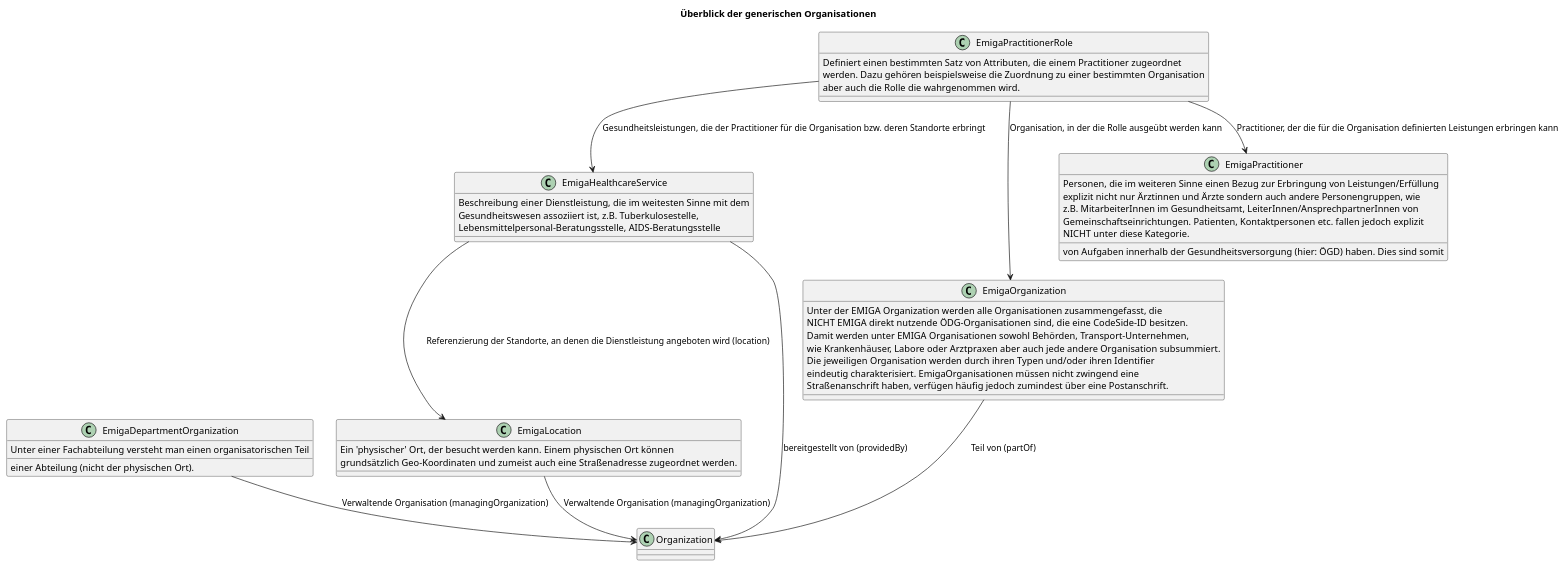
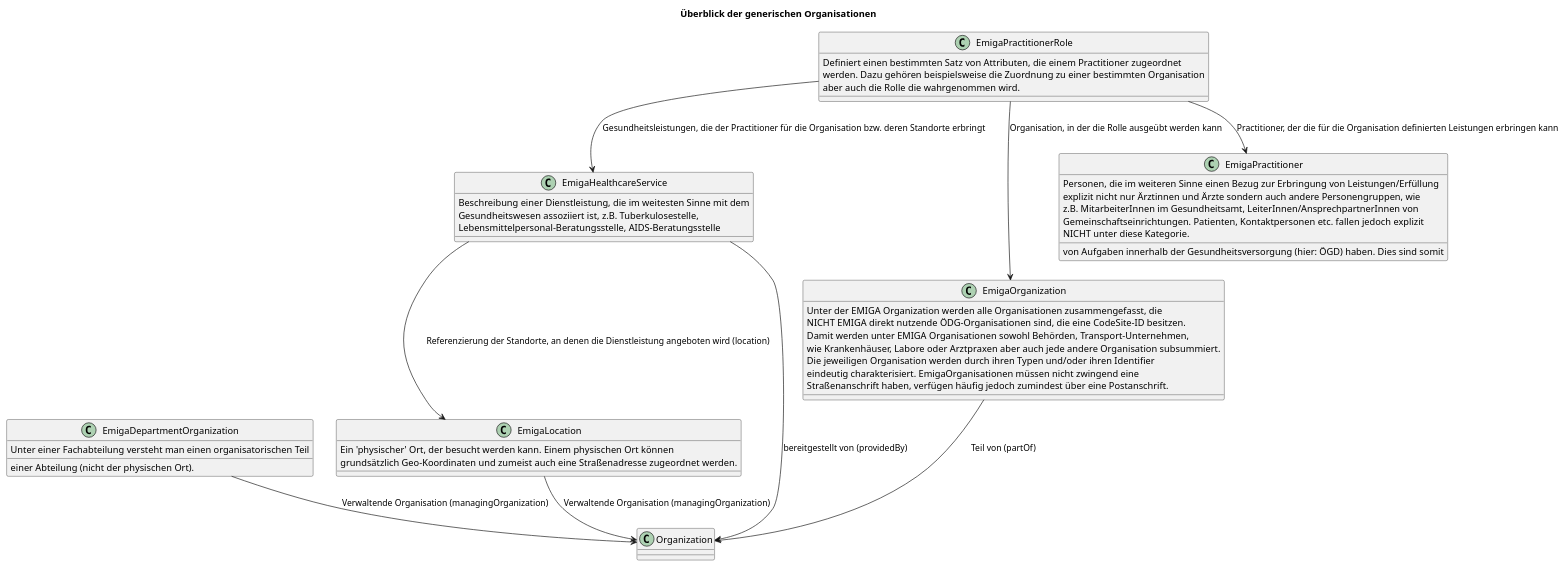
The diagram in rki.emiga.vzd/guides/implementationguides.vzd/PlantUML/GenericOrganizationOverview.puml (robert-koch-institut/rki.emiga.vzd), drawn with PlantUML before and after one commit. The commit also changed 5 other files, not shown here.

```diff
--- a/rki.emiga.vzd/guides/implementationguides.vzd/PlantUML/GenericOrganizationOverview.puml
+++ b/rki.emiga.vzd/guides/implementationguides.vzd/PlantUML/GenericOrganizationOverview.puml
@@ -1,53 +1,53 @@
 @startuml
 title Überblick der generischen Organisationen
 
 class EmigaDepartmentOrganization{
 Unter einer Fachabteilung versteht man einen organisatorischen Teil 
 einer Abteilung (nicht der physischen Ort). 
 }
 class EmigaHealthcareService{
 Beschreibung einer Dienstleistung, die im weitesten Sinne mit dem 
 Gesundheitswesen assoziiert ist, z.B. Tuberkulosestelle, 
 Lebensmittelpersonal-Beratungsstelle, AIDS-Beratungsstelle 
 }
 class EmigaLocation{
 Ein 'physischer' Ort, der besucht werden kann. Einem physischen Ort können 
 grundsätzlich Geo-Koordinaten und zumeist auch eine Straßenadresse zugeordnet werden. 
 }
 class EmigaOrganization{
 Unter der EMIGA Organization werden alle Organisationen zusammengefasst, die 
-NICHT EMIGA direkt nutzende ÖDG-Organisationen sind, die eine CodeSide-ID besitzen. 
+NICHT EMIGA direkt nutzende ÖDG-Organisationen sind, die eine CodeSite-ID besitzen. 
 Damit werden unter EMIGA Organisationen sowohl Behörden, Transport-Unternehmen, 
 wie Krankenhäuser, Labore oder Arztpraxen aber auch jede andere Organisation subsummiert. 
 Die jeweiligen Organisation werden durch ihren Typen und/oder ihren Identifier 
 eindeutig charakterisiert. EmigaOrganisationen müssen nicht zwingend eine 
 Straßenanschrift haben, verfügen häufig jedoch zumindest über eine Postanschrift. 
 }
 class EmigaPractitioner{
 Personen, die im weiteren Sinne einen Bezug zur Erbringung von Leistungen/Erfüllung 
 von Aufgaben innerhalb der Gesundheitsversorgung (hier: ÖGD) haben. Dies sind somit 
 explizit nicht nur Ärztinnen und Ärzte sondern auch andere Personengruppen, wie 
 z.B. MitarbeiterInnen im Gesundheitsamt, LeiterInnen/AnsprechpartnerInnen von 
 Gemeinschaftseinrichtungen. Patienten, Kontaktpersonen etc. fallen jedoch explizit 
 NICHT unter diese Kategorie. 
 }
 class EmigaPractitionerRole{
 Definiert einen bestimmten Satz von Attributen, die einem Practitioner zugeordnet 
 werden. Dazu gehören beispielsweise die Zuordnung zu einer bestimmten Organisation 
 aber auch die Rolle die wahrgenommen wird.      
 }
 
 ' To Do: was ist mit den Extensions?
 
 EmigaPractitionerRole --> EmigaOrganization : Organisation, in der die Rolle ausgeübt werden kann
 EmigaPractitionerRole --> EmigaPractitioner : Practitioner, der die für die Organisation definierten Leistungen erbringen kann
 EmigaPractitionerRole --> EmigaHealthcareService : Gesundheitsleistungen, die der Practitioner für die Organisation bzw. deren Standorte erbringt
 
 EmigaOrganization --> Organization: Teil von (partOf)
 EmigaLocation --> Organization : Verwaltende Organisation (managingOrganization)
 
 EmigaHealthcareService --> Organization: bereitgestellt von (providedBy)
 EmigaHealthcareService --> EmigaLocation: Referenzierung der Standorte, an denen die Dienstleistung angeboten wird (location)
 
 EmigaDepartmentOrganization --> Organization: Verwaltende Organisation (managingOrganization)
 @enduml
```
